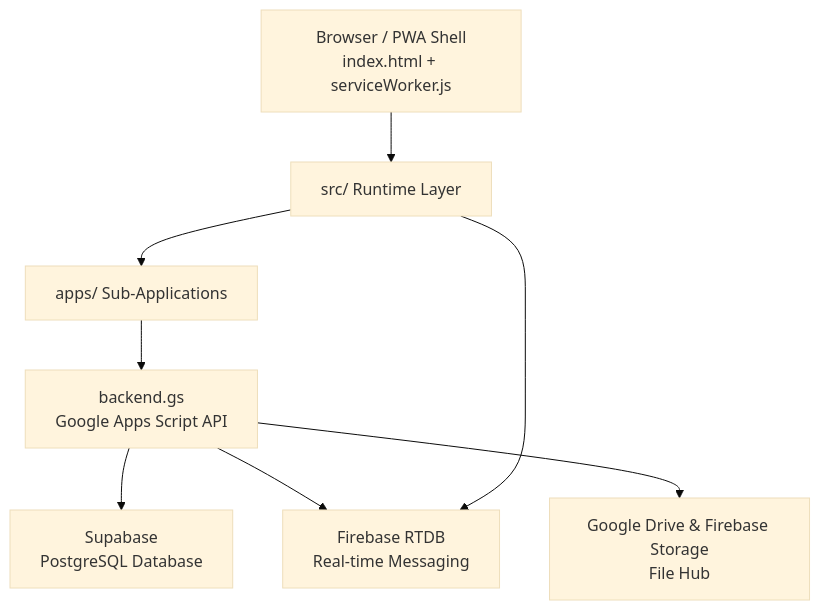
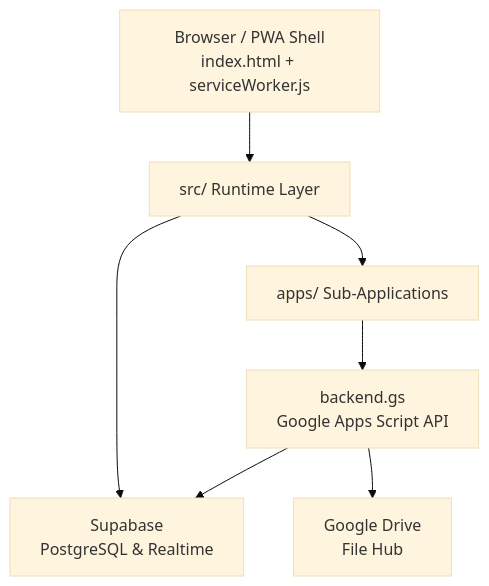
Before and after one commit to ast4rt3/Centralized_SAS_repository: the second of 2 diagrams in README.md, drawn with Mermaid (base theme). The commit also changed other lines of this file and 3 other files, not shown here.

````diff
--- a/README.md
+++ b/README.md
@@ -59,10 +58,9 @@
 ```mermaid
 graph TD
     A[Browser / PWA Shell<br/>index.html + serviceWorker.js] --> B[src/ Runtime Layer]
     B --> C[apps/ Sub-Applications]
     C --> D[backend.gs<br/>Google Apps Script API]
-    D --> E[Supabase<br/>PostgreSQL Database]
-    D --> F[Firebase RTDB<br/>Real-time Messaging]
-    D --> G[Google Drive & Firebase Storage<br/>File Hub]
-    B --> F
+    D --> E[Supabase<br/>PostgreSQL & Realtime]
+    D --> G[Google Drive<br/>File Hub]
+    B --> E
 ```
````
